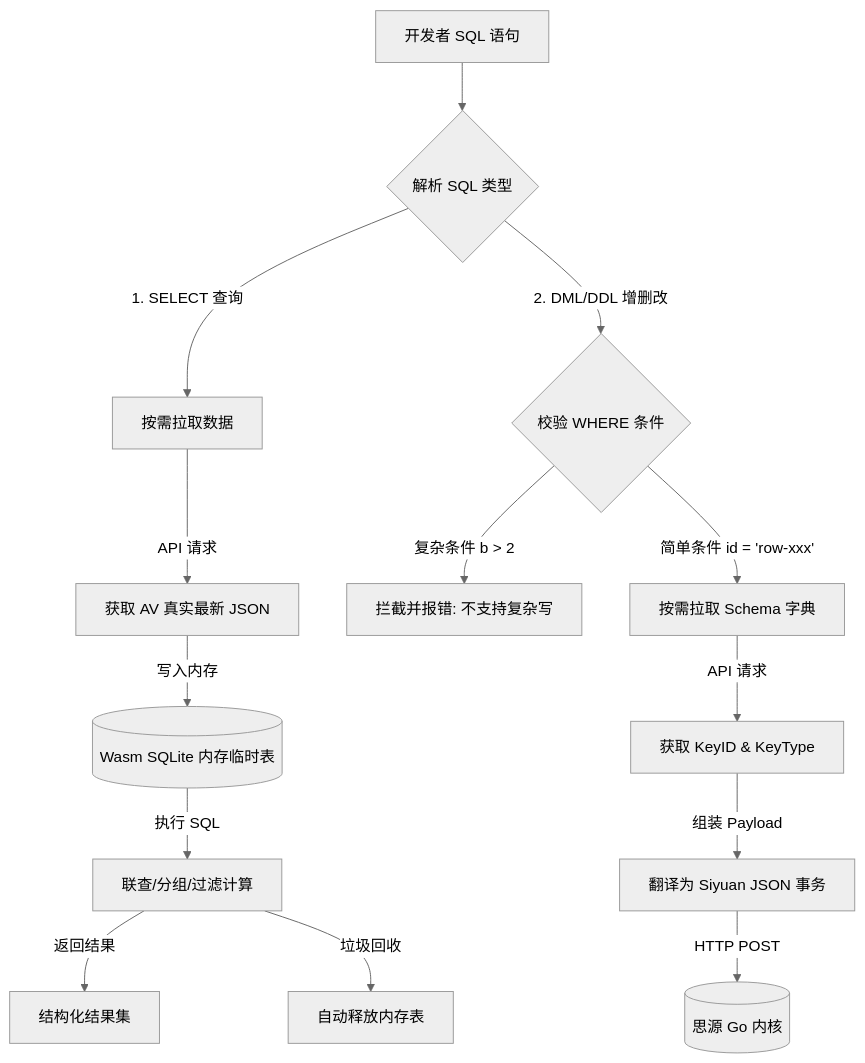
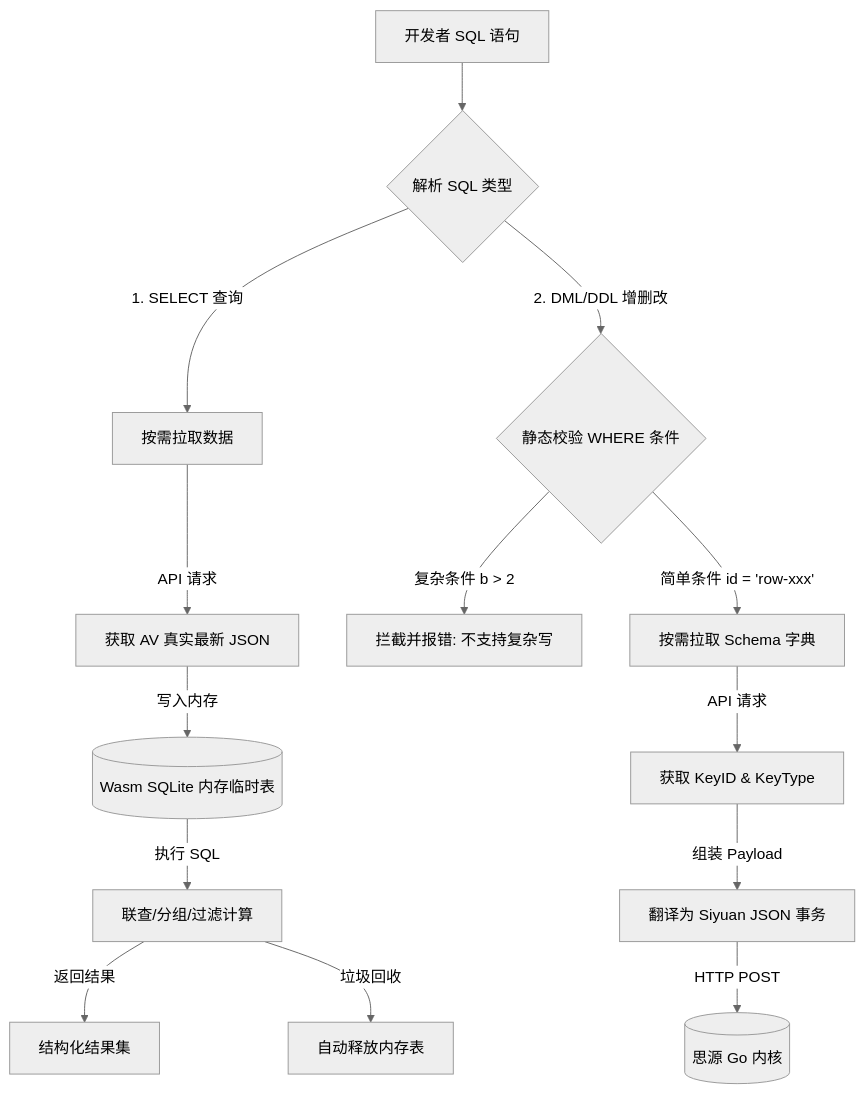
Before and after one commit to Szerelem0617/siyuan-plugins-index: the diagram in info/chat.md, drawn with Mermaid (neutral theme). The commit also changed other lines of this file and 5 other files, not shown here.

````diff
--- a/info/chat.md
+++ b/info/chat.md
@@ -13,20 +13,20 @@
 ```mermaid
 flowchart TD
     SQL[开发者 SQL 语句] --> Route{解析 SQL 类型}
     
     %% 读分支
     Route -->|1. SELECT 查询| Read[按需拉取数据]
     Read -->|API 请求| FetchJSON[获取 AV 真实最新 JSON]
     FetchJSON -->|写入内存| WasmDB[(Wasm SQLite 内存临时表)]
     WasmDB -->|执行 SQL| Query[联查/分组/过滤计算]
     Query -->|返回结果| Output[结构化结果集]
     Query -->|垃圾回收| Clear[自动释放内存表]
     
     %% 写分支
-    Route -->|2. DML/DDL 增删改| Check{校验 WHERE 条件}
+    Route -->|2. DML/DDL 增删改| Check{静态校验 WHERE 条件}
     Check -->|复杂条件 b > 2| Reject[拦截并报错: 不支持复杂写]
     Check -->|简单条件 id = 'row-xxx'| Write[按需拉取 Schema 字典]
     Write -->|API 请求| FetchSchema[获取 KeyID & KeyType]
     FetchSchema -->|组装 Payload| Payload[翻译为 Siyuan JSON 事务]
     Payload -->|HTTP POST| Siyuan[(思源 Go 内核)]
 ```
````
